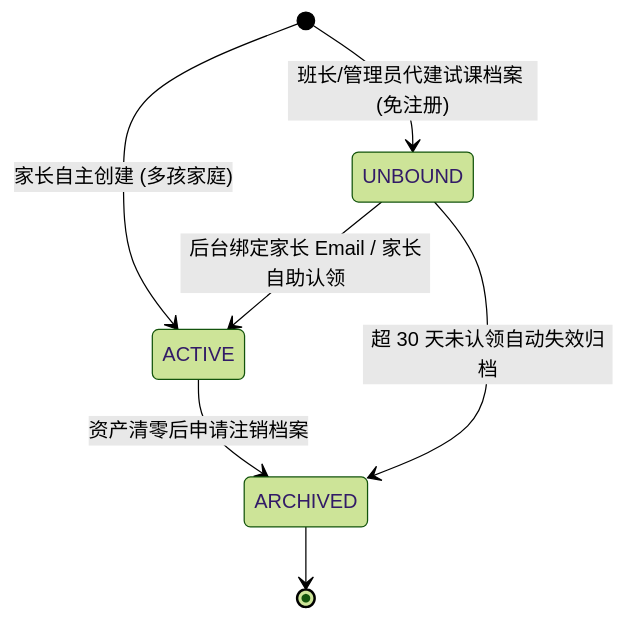
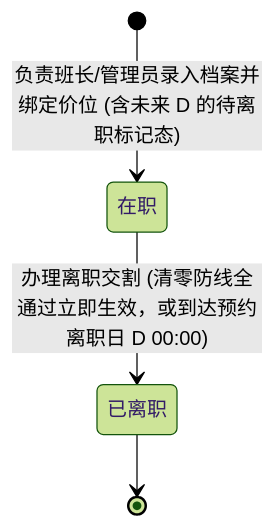
The second of 15 diagrams in docs/ENTITY_STATE_MACHINES.md (Onezao/dream), drawn with Mermaid (forest theme) before and after one commit. The commit also changed other lines of this file and 38 other files, not shown here.

````diff
--- a/docs/ENTITY_STATE_MACHINES.md
+++ b/docs/ENTITY_STATE_MACHINES.md
@@ -34,9 +77,6 @@
 ```mermaid
 stateDiagram-v2
-    [*] --> ACTIVE: 家长自主创建 (多孩家庭)
-    [*] --> UNBOUND: 班长/管理员代建试课档案 (免注册)
-    UNBOUND --> ACTIVE: 后台绑定家长 Email / 家长自助认领
-    UNBOUND --> ARCHIVED: 超 30 天未认领自动失效归档
-    ACTIVE --> ARCHIVED: 资产清零后申请注销档案
-    ARCHIVED --> [*]
+    [*] --> 在职: 负责班长/管理员录入档案并绑定价位 (含未来 D 的待离职标记态)
+    在职 --> 已离职: 办理离职交割 (清零防线全通过立即生效，或到达预约离职日 D 00:00)
+    已离职 --> [*]
 ```
````
